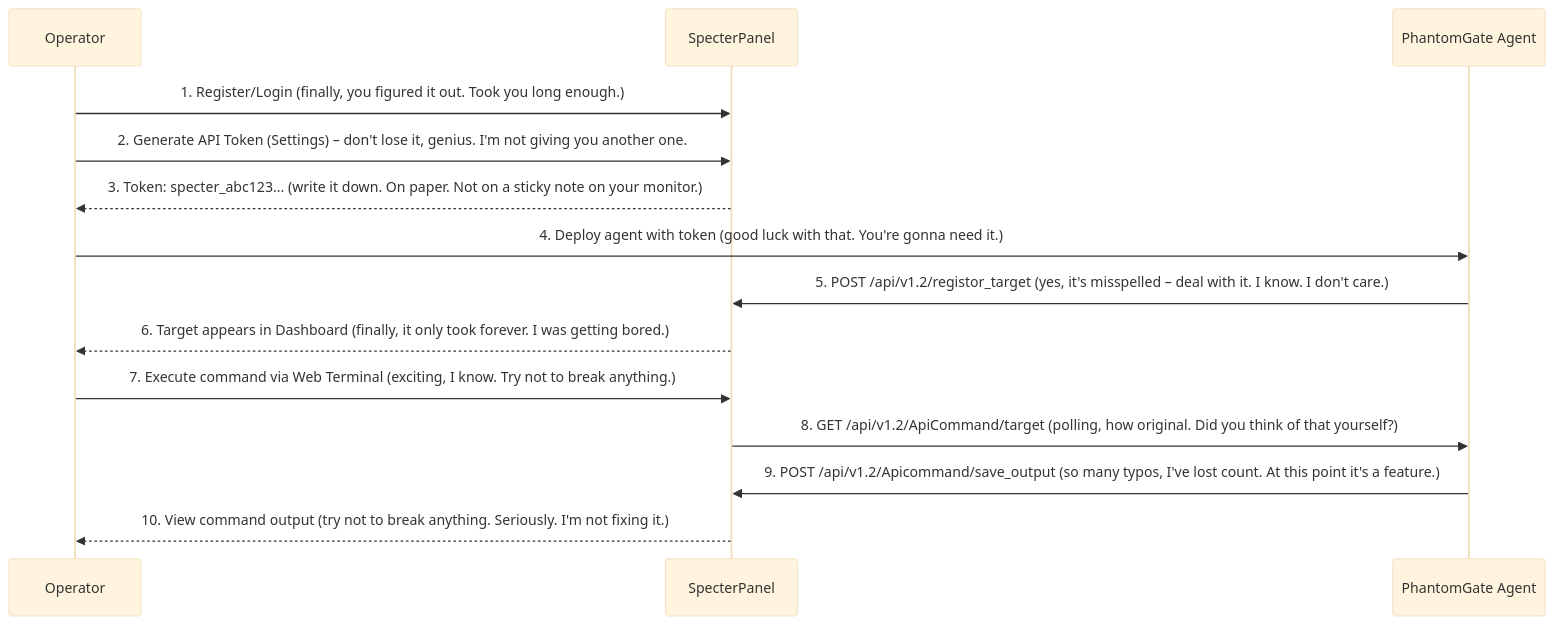
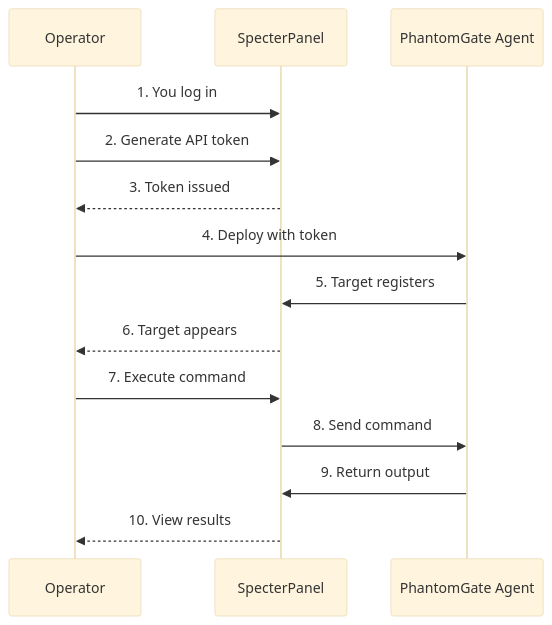
One commit to omerKkemal/oh-tool-v2 changed the diagram in README.md. Above: the diagram before and after it, drawn with Mermaid (base theme). The commit also changed other lines of this file, not shown here.

````diff
--- a/README.md
+++ b/README.md
@@ -58,14 +92,14 @@
 ```mermaid
 sequenceDiagram
     
-    Operator ->> SpecterPanel: 1. Register/Login (finally, you figured it out. Took you long enough.)
-    Operator ->> SpecterPanel: 2. Generate API Token (Settings) – don't lose it, genius. I'm not giving you another one.
-    SpecterPanel -->> Operator: 3. Token: specter_abc123... (write it down. On paper. Not on a sticky note on your monitor.)
-    Operator ->> PhantomGate Agent: 4. Deploy agent with token (good luck with that. You're gonna need it.)
-    PhantomGate Agent ->> SpecterPanel: 5. POST /api/v1.2/registor_target (yes, it's misspelled – deal with it. I know. I don't care.)
-    SpecterPanel -->> Operator: 6. Target appears in Dashboard (finally, it only took forever. I was getting bored.)
-    Operator ->> SpecterPanel: 7. Execute command via Web Terminal (exciting, I know. Try not to break anything.)
-    SpecterPanel ->> PhantomGate Agent: 8. GET /api/v1.2/ApiCommand/target (polling, how original. Did you think of that yourself?)
-    PhantomGate Agent ->> SpecterPanel: 9. POST /api/v1.2/Apicommand/save_output (so many typos, I've lost count. At this point it's a feature.)
-    SpecterPanel -->> Operator: 10. View command output (try not to break anything. Seriously. I'm not fixing it.)
+    Operator ->> SpecterPanel: 1. You log in
+    Operator ->> SpecterPanel: 2. Generate API token
+    SpecterPanel -->> Operator: 3. Token issued
+    Operator ->> PhantomGate Agent: 4. Deploy with token
+    PhantomGate Agent ->> SpecterPanel: 5. Target registers
+    SpecterPanel -->> Operator: 6. Target appears
+    Operator ->> SpecterPanel: 7. Execute command
+    SpecterPanel ->> PhantomGate Agent: 8. Send command
+    PhantomGate Agent ->> SpecterPanel: 9. Return output
+    SpecterPanel -->> Operator: 10. View results
 ```
````
